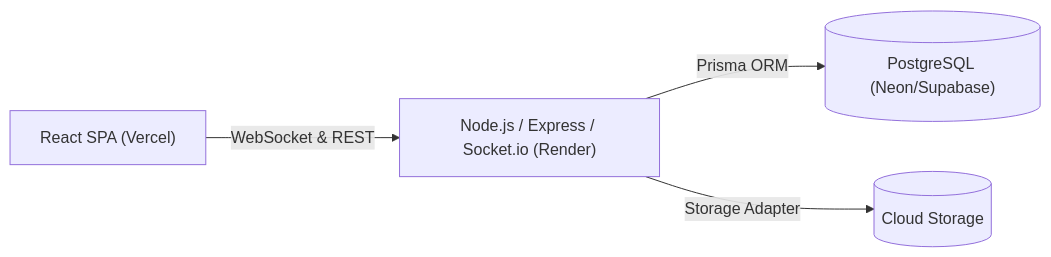
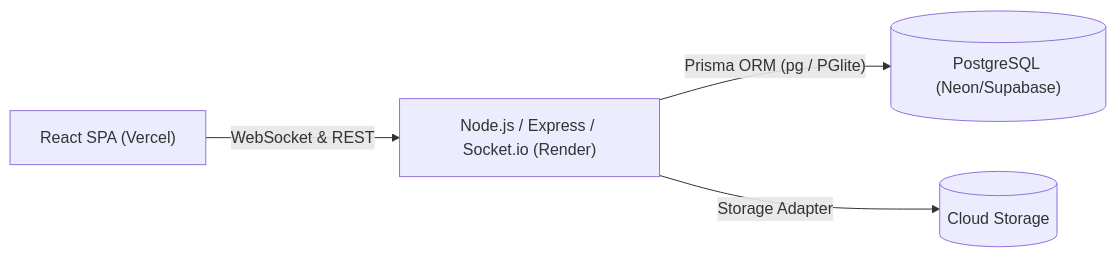
The diagram in README.md (duyna1902-source/webchat-realtime), drawn with Mermaid before and after one commit. The commit also changed other lines of this file and 1 other file, not shown here.

Commit message:
docs: sync SYSTEM_ARCHITECTURE.md and README.md with current project implementation

````diff
--- a/README.md
+++ b/README.md
@@ -54,6 +57,6 @@
 ```mermaid
 flowchart LR
     Client["React SPA (Vercel)"] -- "WebSocket & REST" --> Server["Node.js / Express / Socket.io (Render)"]
-    Server -- "Prisma ORM" --> DB[("PostgreSQL (Neon/Supabase)")]
+    Server -- "Prisma ORM (pg / PGlite)" --> DB[("PostgreSQL (Neon/Supabase)")]
     Server -- "Storage Adapter" --> Storage[("Cloud Storage")]
 ```
````
